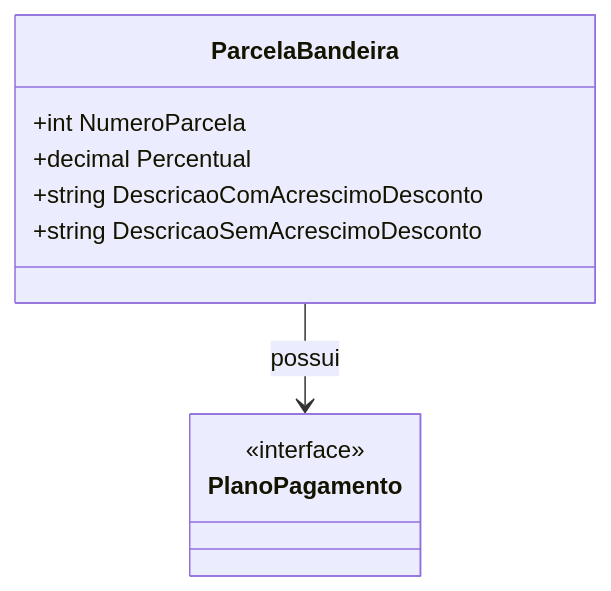
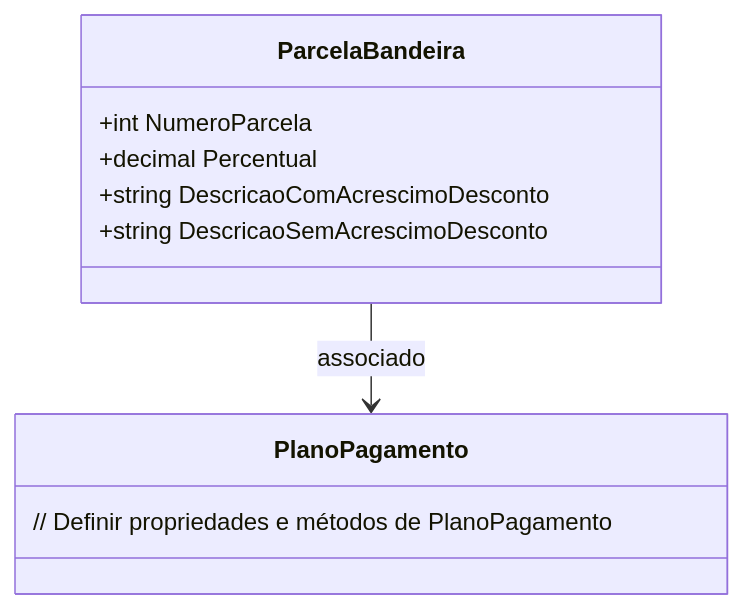
One commit to IsthmusSistemas/documentacao-tecnica changed the second of 2 diagrams in docs/b2b-dominio/IsthmusWinthor.Nucleo/IsthmusWinthor.Dominio/POCO/Carrinho/ParcelaBandeira.md. Above: the diagram before and after it, drawn with Mermaid. The commit also changed other lines of this file and 882 other files, not shown here.

````diff
--- a/docs/b2b-dominio/IsthmusWinthor.Nucleo/IsthmusWinthor.Dominio/POCO/Carrinho/ParcelaBandeira.md
+++ b/docs/b2b-dominio/IsthmusWinthor.Nucleo/IsthmusWinthor.Dominio/POCO/Carrinho/ParcelaBandeira.md
@@ -45,14 +42,15 @@
 ```mermaid
 classDiagram
     class ParcelaBandeira {
         +int NumeroParcela
         +decimal Percentual
         +string DescricaoComAcrescimoDesconto
         +string DescricaoSemAcrescimoDesconto
     }
+    
     class PlanoPagamento {
-        <<interface>>
+        // Definir propriedades e métodos de PlanoPagamento
     }
-
-    ParcelaBandeira --> PlanoPagamento : possui
-```
+    
+    ParcelaBandeira --> PlanoPagamento : associado
+``` 
````
